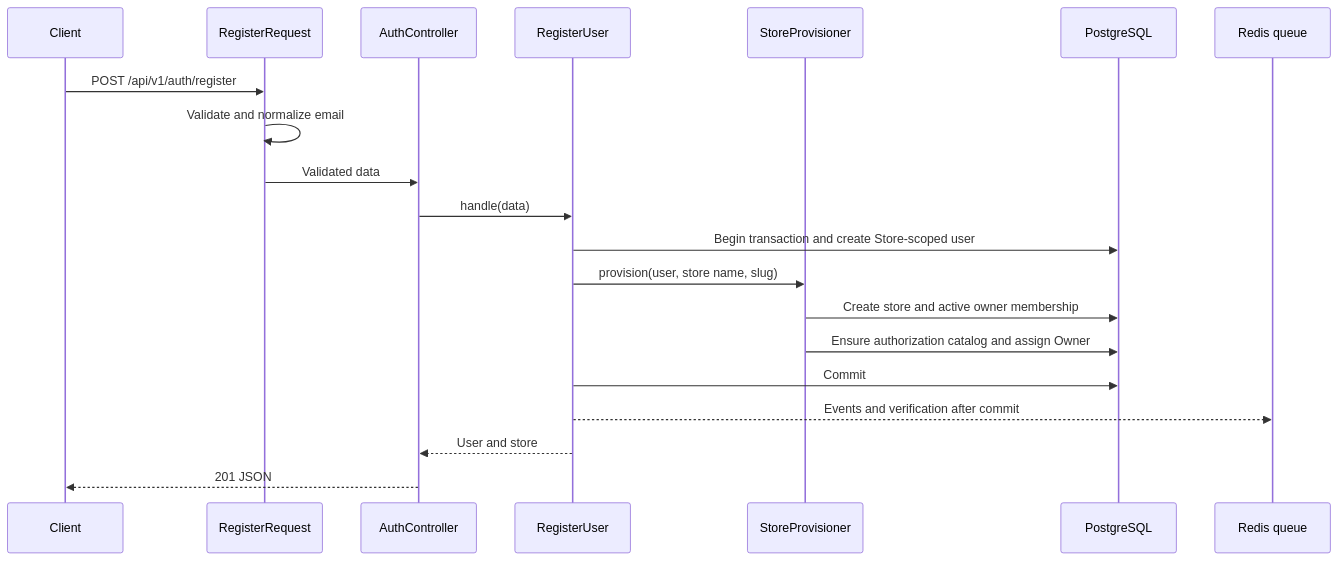
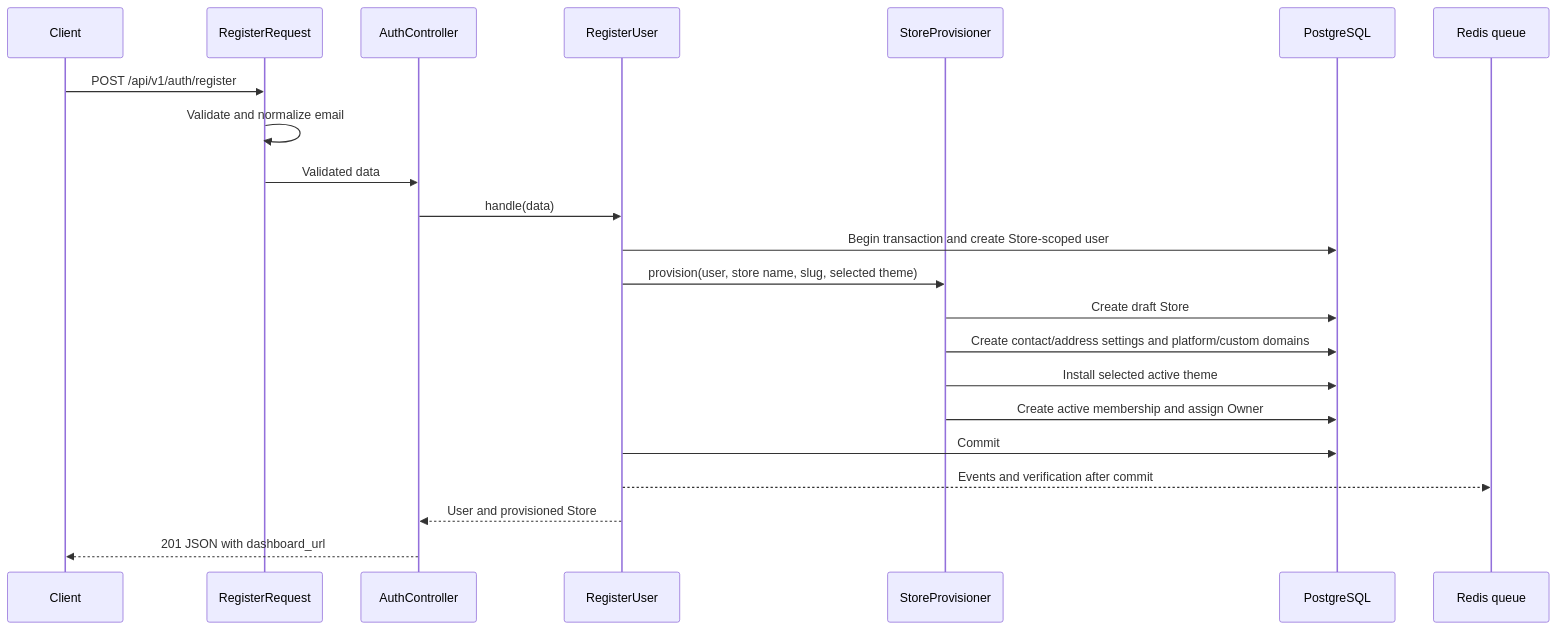
The fourth of 5 diagrams in docs/developer-guide.md (fzeeso/shopnxebk), drawn with Mermaid before and after one commit. The commit also changed other lines of this file and 52 other files, not shown here.

Commit message:
store database architecture

````diff
--- a/docs/developer-guide.md
+++ b/docs/developer-guide.md
@@ -241,23 +254,25 @@
 ```mermaid
 sequenceDiagram
     participant Client
     participant Request as RegisterRequest
     participant Controller as AuthController
     participant Register as RegisterUser
     participant Provision as StoreProvisioner
     participant DB as PostgreSQL
     participant Queue as Redis queue
 
     Client->>Request: POST /api/v1/auth/register
     Request->>Request: Validate and normalize email
     Request->>Controller: Validated data
     Controller->>Register: handle(data)
     Register->>DB: Begin transaction and create Store-scoped user
-    Register->>Provision: provision(user, store name, slug)
-    Provision->>DB: Create store and active owner membership
-    Provision->>DB: Ensure authorization catalog and assign Owner
+    Register->>Provision: provision(user, store name, slug, selected theme)
+    Provision->>DB: Create draft Store
+    Provision->>DB: Create contact/address settings and platform/custom domains
+    Provision->>DB: Install selected active theme
+    Provision->>DB: Create active membership and assign Owner
     Register->>DB: Commit
     Register-->>Queue: Events and verification after commit
-    Register-->>Controller: User and store
-    Controller-->>Client: 201 JSON
+    Register-->>Controller: User and provisioned Store
+    Controller-->>Client: 201 JSON with dashboard_url
 ```
````
